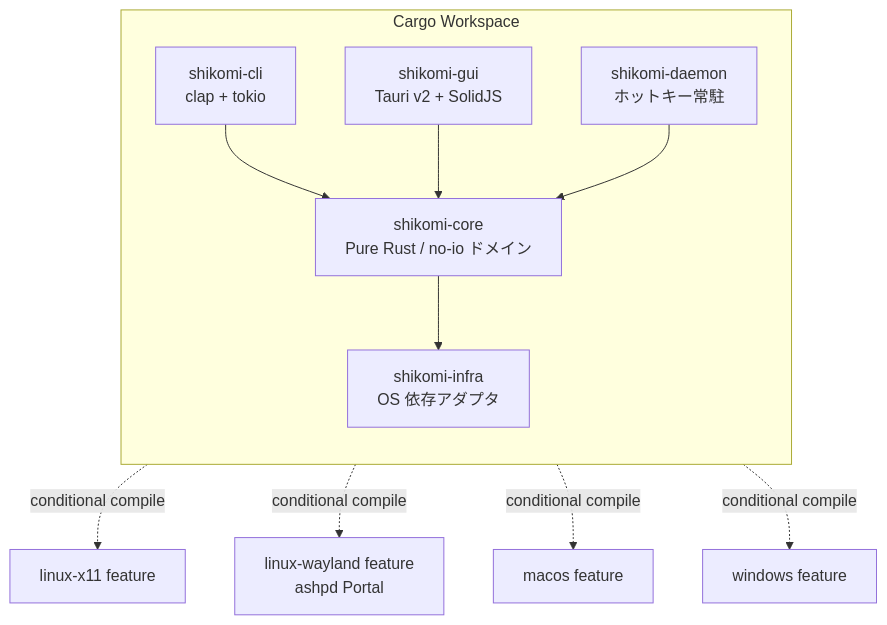
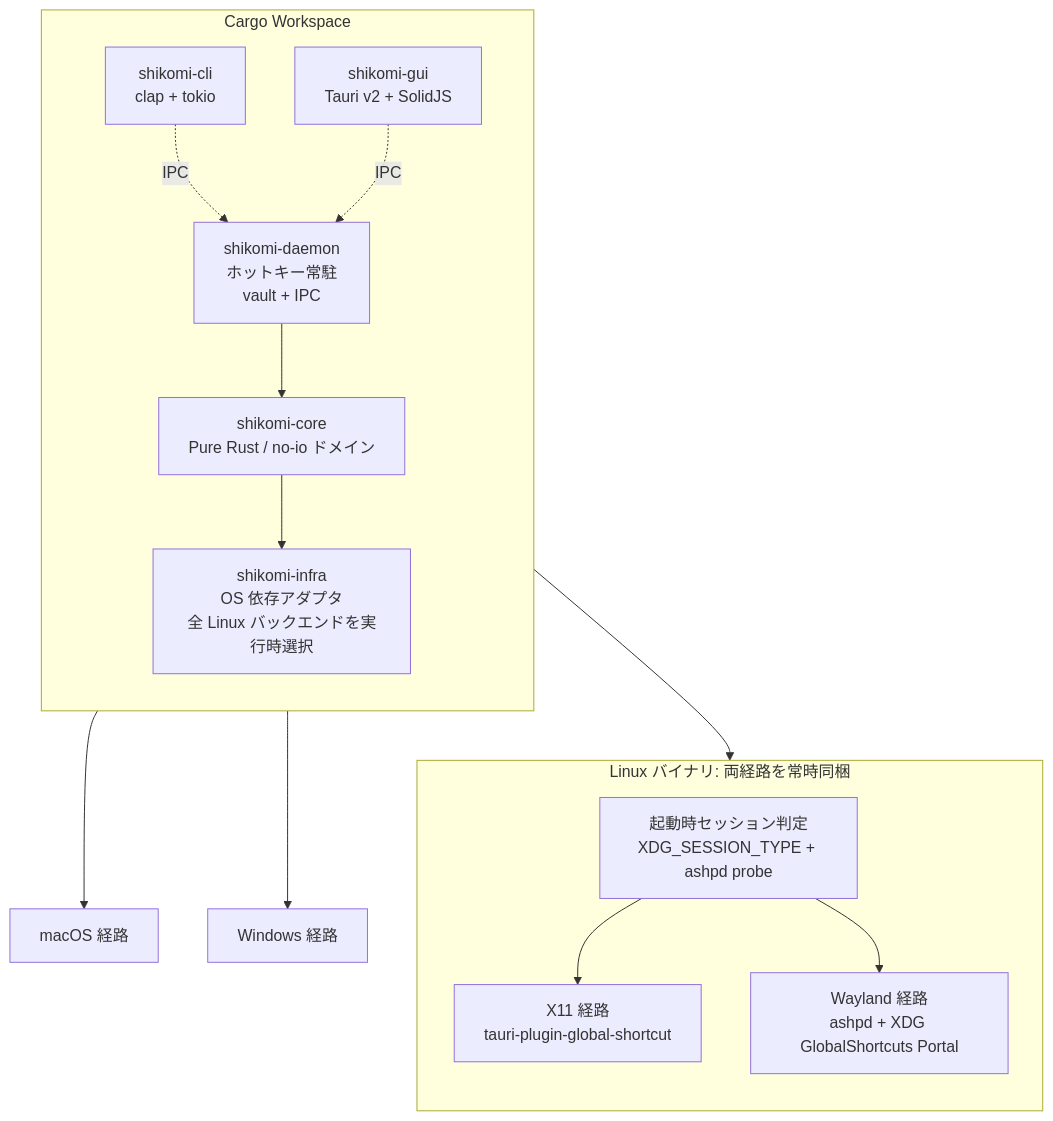
The diagram in docs/architecture/tech-stack.md (shikomi-dev/shikomi), drawn with Mermaid before and after one commit. The commit also changed other lines of this file and 4 other files, not shown here.

First line of the commit message:
docs(architecture): レビュー指摘対応 — プロセスモデル / IPC 認証 / 暗号運用詳細 / 初回UX

````diff
--- a/docs/architecture/tech-stack.md
+++ b/docs/architecture/tech-stack.md
@@ -9,20 +9,29 @@
 ```mermaid
 flowchart TB
     subgraph Workspace[Cargo Workspace]
         direction TB
         Core[shikomi-core<br/>Pure Rust / no-io ドメイン]
-        Infra[shikomi-infra<br/>OS 依存アダプタ]
+        Infra[shikomi-infra<br/>OS 依存アダプタ<br/>全 Linux バックエンドを実行時選択]
         Cli[shikomi-cli<br/>clap + tokio]
         Gui[shikomi-gui<br/>Tauri v2 + SolidJS]
-        Daemon[shikomi-daemon<br/>ホットキー常駐]
+        Daemon[shikomi-daemon<br/>ホットキー常駐<br/>vault + IPC]
     end
 
-    Cli --> Core
-    Gui --> Core
+    Cli -. IPC .-> Daemon
+    Gui -. IPC .-> Daemon
     Daemon --> Core
     Core --> Infra
-    Infra -.->|conditional compile| PlatX11[linux-x11 feature]
-    Infra -.->|conditional compile| PlatWayland[linux-wayland feature<br/>ashpd Portal]
-    Infra -.->|conditional compile| PlatMac[macos feature]
-    Infra -.->|conditional compile| PlatWin[windows feature]
+
+    subgraph Linux[Linux バイナリ: 両経路を常時同梱]
+        direction TB
+        Runtime[起動時セッション判定<br/>XDG_SESSION_TYPE + ashpd probe]
+        X11[X11 経路<br/>tauri-plugin-global-shortcut]
+        Wayland[Wayland 経路<br/>ashpd + XDG GlobalShortcuts Portal]
+        Runtime --> X11
+        Runtime --> Wayland
+    end
+
+    Infra --> Linux
+    Infra --> MacOS[macOS 経路]
+    Infra --> Windows[Windows 経路]
 ```
````
